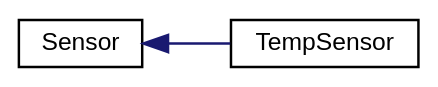
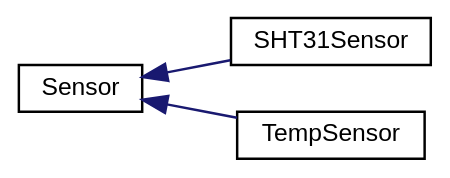
Before and after one commit to ASU-ASCEND/Fall-2024: the diagram in docs/inherit_graph_0.dot, drawn with Graphviz. The commit also changed 56 other files, not shown here.

```diff
--- a/docs/inherit_graph_0.dot
+++ b/docs/inherit_graph_0.dot
@@ -1,12 +1,14 @@
 digraph "Graphical Class Hierarchy"
 {
  // INTERACTIVE_SVG=YES
  // LATEX_PDF_SIZE
   bgcolor="transparent";
   edge [fontname="Helvetica",fontsize="10",labelfontname="Helvetica",labelfontsize="10"];
   node [fontname="Helvetica",fontsize="10",shape=record];
   rankdir="LR";
   Node0 [label="Sensor",height=0.2,width=0.4,color="black",URL="$classSensor.html",tooltip="Parent class for sensor objects."];
   Node0 -> Node1 [dir="back",color="midnightblue",fontsize="10",style="solid",fontname="Helvetica"];
-  Node1 [label="TempSensor",height=0.2,width=0.4,color="black",URL="$classTempSensor.html",tooltip="Implementation of a Sensor for the onboard temperature sensor."];
+  Node1 [label="SHT31Sensor",height=0.2,width=0.4,color="black",URL="$classSHT31Sensor.html",tooltip="Interfaces with SHT31 Sensor to collect temperature and humidity data."];
+  Node0 -> Node2 [dir="back",color="midnightblue",fontsize="10",style="solid",fontname="Helvetica"];
+  Node2 [label="TempSensor",height=0.2,width=0.4,color="black",URL="$classTempSensor.html",tooltip="Implementation of a Sensor for the onboard temperature sensor."];
 }
```
